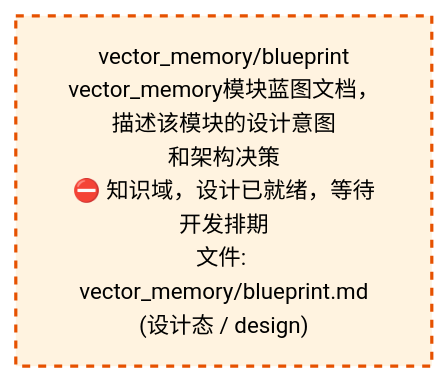
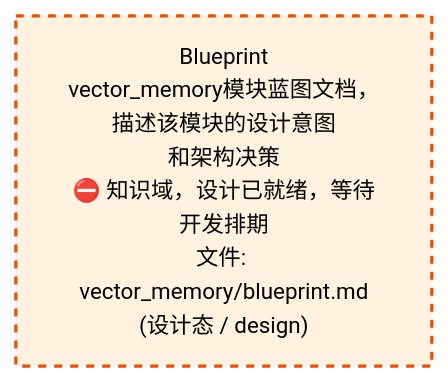
Before and after one commit to xuanFelixVan/ZephyrAlpha: the second of 2 diagrams in docs/02_enterprise_architecture/02_domain_architecture_docs/58_d_knowledge.md, drawn with Mermaid. The commit also changed other lines of this file and 58 other files, not shown here.

````diff
--- a/docs/02_enterprise_architecture/02_domain_architecture_docs/58_d_knowledge.md
+++ b/docs/02_enterprise_architecture/02_domain_architecture_docs/58_d_knowledge.md
@@ -74,10 +74,10 @@
 ```mermaid
 %%{init: {'theme': 'base', 'themeVariables': {'primaryColor': '#eaeaea', 'primaryTextColor': '#333333', 'primaryBorderColor': '#666666', 'lineColor': '#666666', 'secondaryColor': '#eaeaea', 'tertiaryColor': '#eaeaea', 'fontSize': '14px'}}}%%
 flowchart TD
-    docs_03_modules_domain_knowledge_vector_memory_blueprint_md["vector_memory/blueprint<br/>vector_memory模块蓝图文档，描述该模块的设计意图<br/>和架构决策<br/>⛔ 知识域，设计已就绪，等待开发排期<br/>文件: vector_memory/blueprint.md<br/>(设计态 / design)"]
+    docs_03_modules_domain_knowledge_vector_memory_blueprint_md["Blueprint<br/>vector_memory模块蓝图文档，描述该模块的设计意图<br/>和架构决策<br/>⛔ 知识域，设计已就绪，等待开发排期<br/>文件: vector_memory/blueprint.md<br/>(设计态 / design)"]
     classDef production fill:#e1f5fe,stroke:#01579b,stroke-width:2px,color:#000
     classDef design fill:#fff3e0,stroke:#e65100,stroke-width:2px,color:#000,stroke-dasharray: 5 5
     classDef external_prod fill:#e8f4fd,stroke:#0277bd,stroke-width:1px,color:#000
     classDef external_design fill:#fff8e7,stroke:#ef6c00,stroke-width:1px,color:#000,stroke-dasharray: 5 5
     class docs_03_modules_domain_knowledge_vector_memory_blueprint_md design
 ```
````
